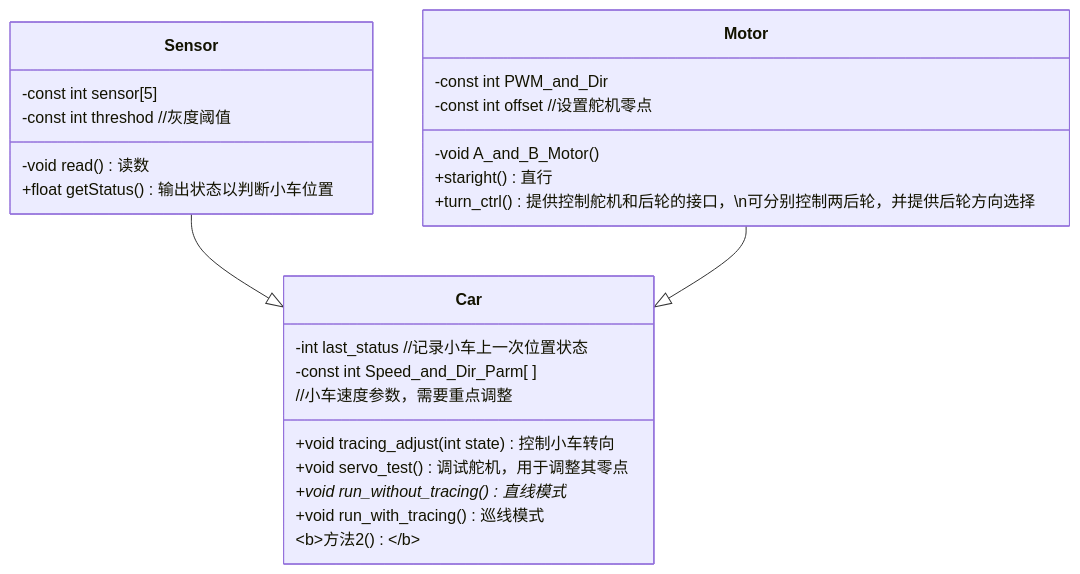
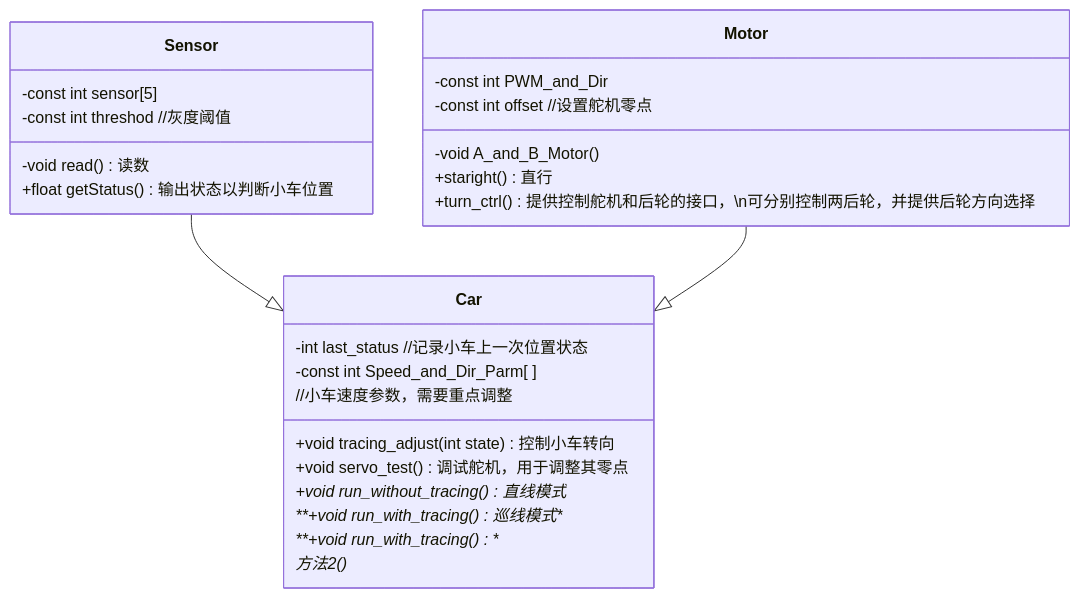
Before and after one commit to 0kitasan/TracingCar: the first of 2 diagrams in README.md, drawn with Mermaid. The commit also changed other lines of this file, not shown here.

Commit message:
mermaid5

````diff
--- a/README.md
+++ b/README.md
@@ -8,29 +8,30 @@
 ``` mermaid
 classDiagram
     Sensor --|> Car
     Motor --|> Car
     class Sensor{
         -const int sensor[5]
         -const int threshod //灰度阈值
         -void read() 读数
         +float getStatus() 输出状态以判断小车位置
     }
     class Motor{
         -const int PWM_and_Dir
         -const int offset //设置舵机零点
         
         -void A_and_B_Motor()
         +staright() 直行
         +turn_ctrl() 提供控制舵机和后轮的接口，\n可分别控制两后轮，并提供后轮方向选择
     }
     class Car{
         -int last_status //记录小车上一次位置状态
         -const int Speed_and_Dir_Parm[ ] 
         //小车速度参数，需要重点调整
         +void tracing_adjust(int state) 控制小车转向
         +void servo_test() 调试舵机，用于调整其零点
         +void run_without_tracing() 直线模式*
-        +void run_with_tracing() 巡线模式
-        <b>方法2()</b>
+        **+void run_with_tracing() 巡线模式**
+        **+void run_with_tracing()**
+        方法2()*
     }
 ```
````
